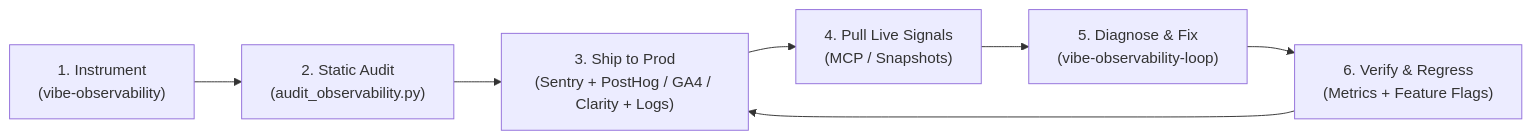
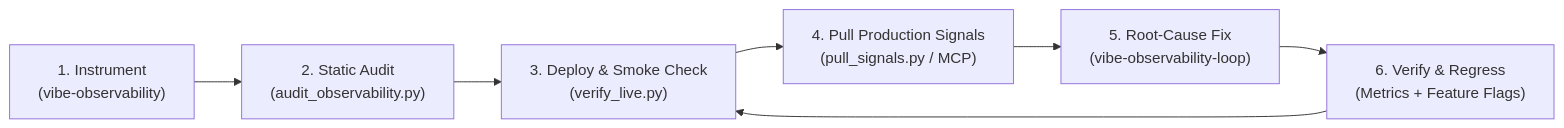
Before and after one commit to realchendahuang/vibe-observability: the diagram in README.md, drawn with Mermaid. The commit also changed other lines of this file and 36 other files, not shown here.

````diff
--- a/README.md
+++ b/README.md
@@ -34,9 +36,9 @@
 ```mermaid
 flowchart LR
     A["1. Instrument\n(vibe-observability)"] --> B["2. Static Audit\n(audit_observability.py)"]
-    B --> C["3. Ship to Prod\n(Sentry + PostHog / GA4 / Clarity + Logs)"]
-    C --> D["4. Pull Live Signals\n(MCP / Snapshots)"]
-    D --> E["5. Diagnose & Fix\n(vibe-observability-loop)"]
+    B --> C["3. Deploy & Smoke Check\n(verify_live.py)"]
+    C --> D["4. Pull Production Signals\n(pull_signals.py / MCP)"]
+    D --> E["5. Root-Cause Fix\n(vibe-observability-loop)"]
     E --> F["6. Verify & Regress\n(Metrics + Feature Flags)"]
     F --> C
 ```
````
